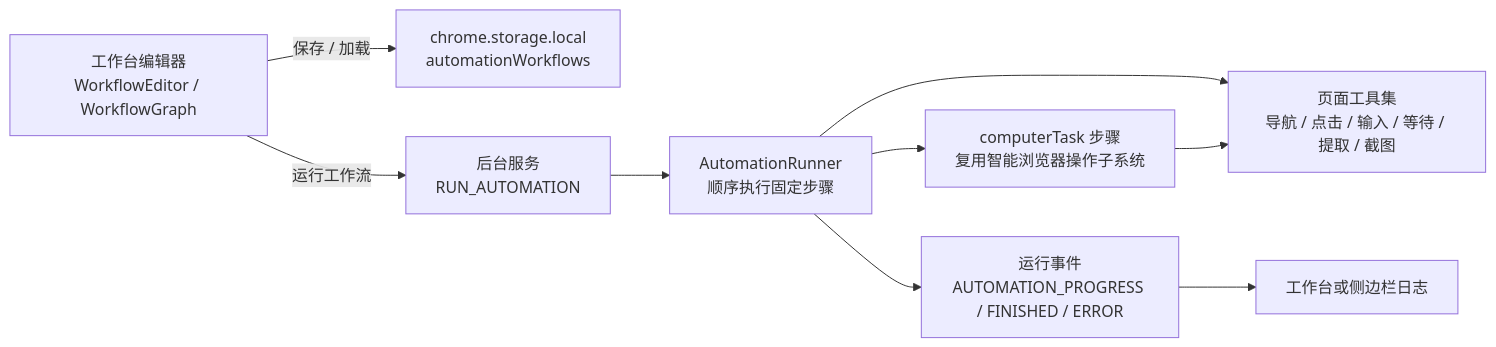
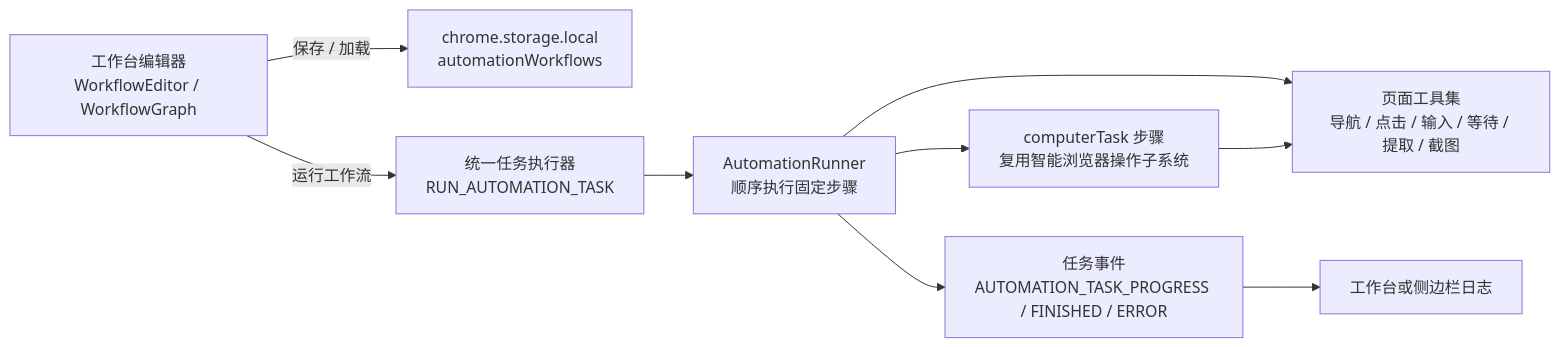
One commit to Clearlovesixteen/gancao-colipot changed the sixth of 6 diagrams in docs/architecture.md. Above: the diagram before and after it, drawn with Mermaid. The commit also changed other lines of this file and 118 other files, not shown here.

````diff
--- a/docs/architecture.md
+++ b/docs/architecture.md
@@ -280,20 +284,20 @@
 ```mermaid
 flowchart LR
   Editor["工作台编辑器<br/>WorkflowEditor / WorkflowGraph"]
   Storage["chrome.storage.local<br/>automationWorkflows"]
-  BG["后台服务<br/>RUN_AUTOMATION"]
+  BG["统一任务执行器<br/>RUN_AUTOMATION_TASK"]
   Runner["AutomationRunner<br/>顺序执行固定步骤"]
   Browser["页面工具集<br/>导航 / 点击 / 输入 / 等待 / 提取 / 截图"]
   ComputerTask["computerTask 步骤<br/>复用智能浏览器操作子系统"]
-  Events["运行事件<br/>AUTOMATION_PROGRESS / FINISHED / ERROR"]
+  Events["任务事件<br/>AUTOMATION_TASK_PROGRESS / FINISHED / ERROR"]
   UI["工作台或侧边栏日志"]
 
   Editor -->|"保存 / 加载"| Storage
   Editor -->|"运行工作流"| BG
   BG --> Runner
   Runner --> Browser
   Runner --> ComputerTask
   ComputerTask --> Browser
   Runner --> Events
   Events --> UI
 ```
````
